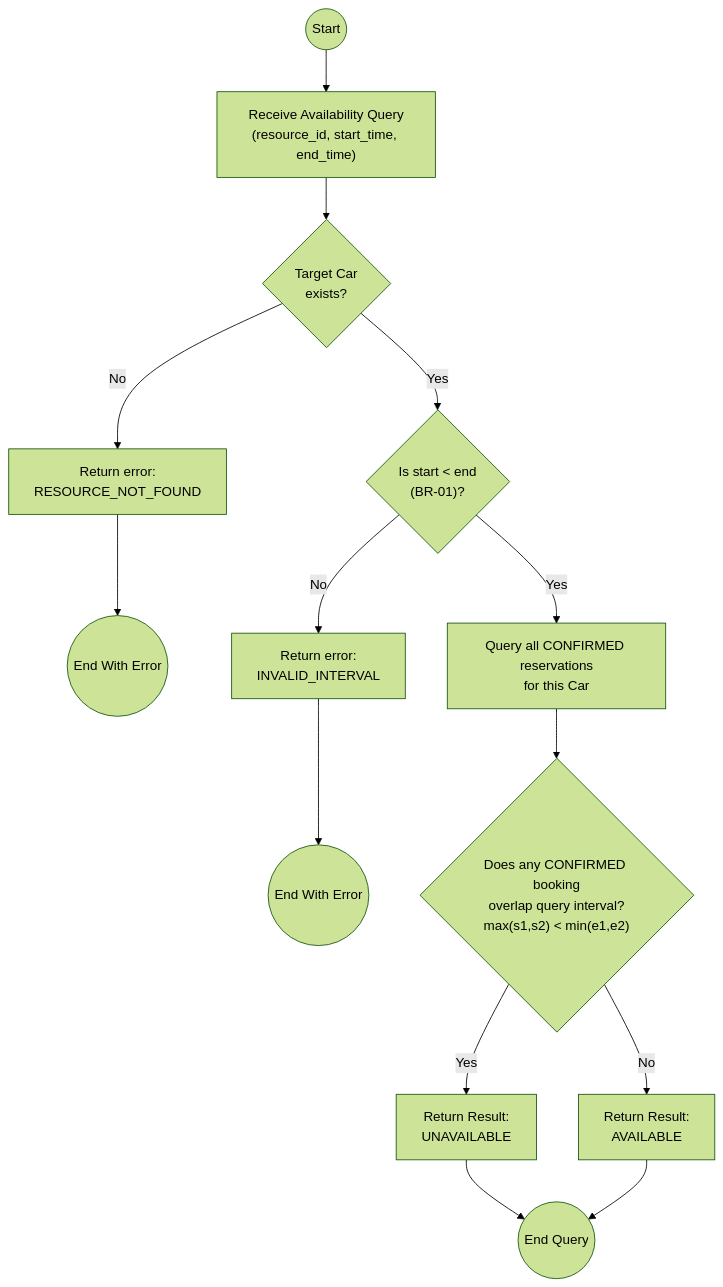
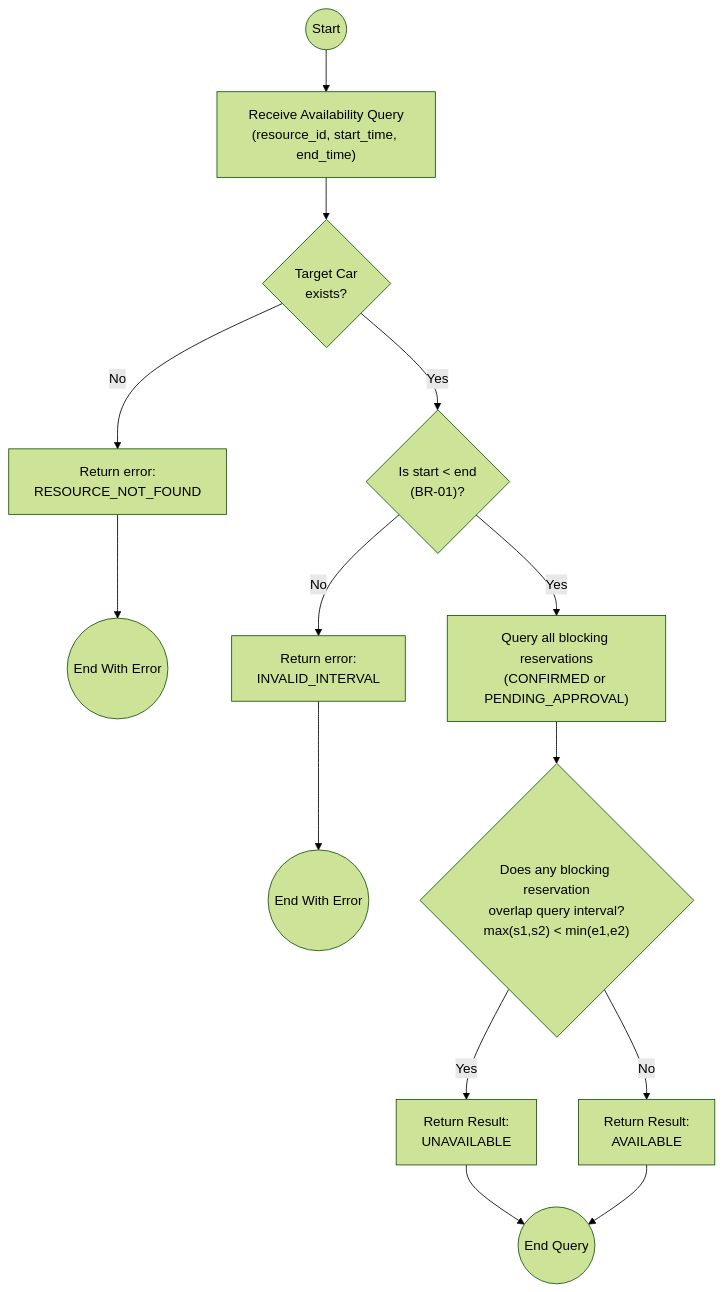
The diagram in docs/specification/operations/02-check-availability/OP-02-checkavailability-flow.mmd (Zephy-X/AutaRepo), drawn with Mermaid (forest theme) before and after one commit. The commit also changed 57 other files, not shown here.

```diff
--- a/docs/specification/operations/02-check-availability/OP-02-checkavailability-flow.mmd
+++ b/docs/specification/operations/02-check-availability/OP-02-checkavailability-flow.mmd
@@ -1,19 +1,19 @@
 flowchart TD
     startNode((Start)) --> ReceiveQuery["Receive Availability Query<br>(resource_id, start_time, end_time)"]
 
     ReceiveQuery --> CheckRes{"Target Car<br>exists?"}
     CheckRes -- No --> ErrRes["Return error:<br>RESOURCE_NOT_FOUND"]
     ErrRes --> endErr1((End With Error))
 
     CheckRes -- Yes --> CheckSyntax{"Is start < end<br>(BR-01)?"}
     CheckSyntax -- No --> ErrSyntax["Return error:<br>INVALID_INTERVAL"]
     ErrSyntax --> endErr2((End With Error))
 
-    CheckSyntax -- Yes --> FetchConfirmed["Query all CONFIRMED reservations<br>for this Car"]
-    FetchConfirmed --> EvalOverlap{"Does any CONFIRMED booking<br>overlap query interval?<br>max(s1,s2) < min(e1,e2)"}
+    CheckSyntax -- Yes --> FetchBlocking["Query all blocking reservations<br>(CONFIRMED or PENDING_APPROVAL)"]
+    FetchBlocking --> EvalOverlap{"Does any blocking reservation<br>overlap query interval?<br>max(s1,s2) < min(e1,e2)"}
 
     EvalOverlap -- Yes --> RetUnavail["Return Result:<br>UNAVAILABLE"]
     EvalOverlap -- No --> RetAvail["Return Result:<br>AVAILABLE"]
 
     RetUnavail --> endQuery((End Query))
     RetAvail --> endQuery
```
